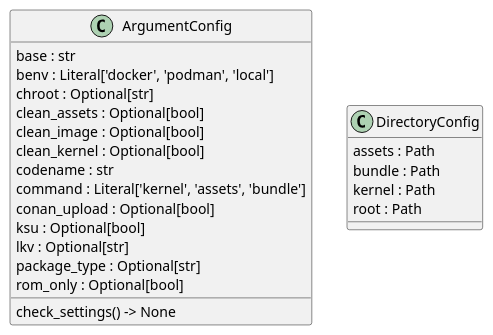
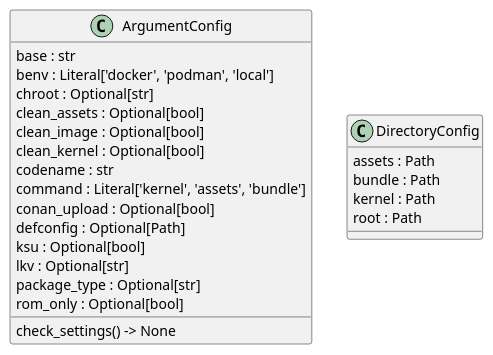
Before and after one commit to seppzer0/zero_kernel: the diagram in docs/architecture/configs/classes.puml, drawn with PlantUML. The commit also changed 10 other files, not shown here.

Commit message:
feat: add custom defconfig path definition

```diff
--- a/docs/architecture/configs/classes.puml
+++ b/docs/architecture/configs/classes.puml
@@ -1,25 +1,26 @@
 @startuml classes
 set namespaceSeparator none
 class "ArgumentConfig" as configs.argument.ArgumentConfig {
   base : str
   benv : Literal['docker', 'podman', 'local']
   chroot : Optional[str]
   clean_assets : Optional[bool]
   clean_image : Optional[bool]
   clean_kernel : Optional[bool]
   codename : str
   command : Literal['kernel', 'assets', 'bundle']
   conan_upload : Optional[bool]
+  defconfig : Optional[Path]
   ksu : Optional[bool]
   lkv : Optional[str]
   package_type : Optional[str]
   rom_only : Optional[bool]
   check_settings() -> None
 }
 class "DirectoryConfig" as configs.directory.DirectoryConfig {
   assets : Path
   bundle : Path
   kernel : Path
   root : Path
 }
 @enduml
```
